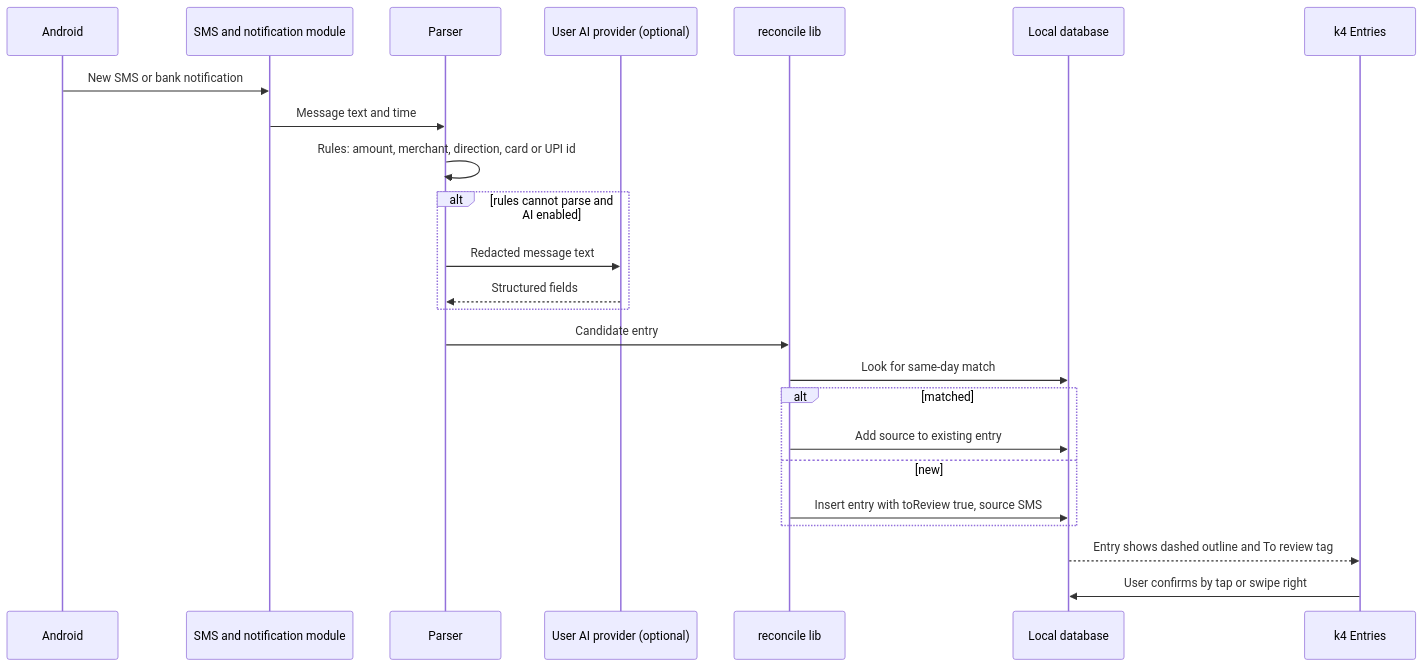
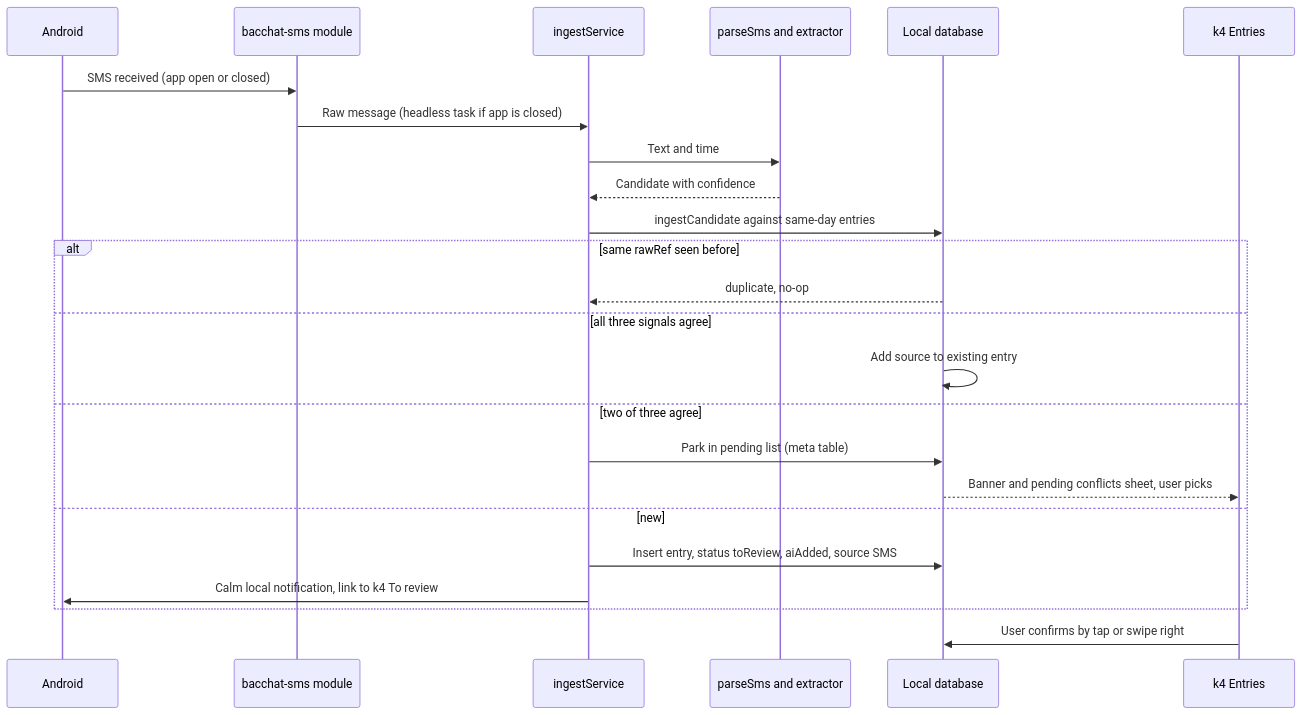
One commit to Aditya-Jyoti/bacchat changed the eighth of 17 diagrams in docs/architecture.md. Above: the diagram before and after it, drawn with Mermaid. The commit also changed other lines of this file and 52 other files, not shown here.

````diff
--- a/docs/architecture.md
+++ b/docs/architecture.md
@@ -228,26 +296,26 @@
 ```mermaid
 sequenceDiagram
     participant OS as Android
-    participant NM as SMS and notification module
-    participant P as Parser
-    participant AI as User AI provider (optional)
-    participant REC as reconcile lib
+    participant NM as bacchat-sms module
+    participant IS as ingestService
+    participant P as parseSms and extractor
     participant DB as Local database
     participant UI as k4 Entries
-    OS->>NM: New SMS or bank notification
-    NM->>P: Message text and time
-    P->>P: Rules: amount, merchant, direction, card or UPI id
-    alt rules cannot parse and AI enabled
-        P->>AI: Redacted message text
-        AI-->>P: Structured fields
+    OS->>NM: SMS received (app open or closed)
+    NM->>IS: Raw message (headless task if app is closed)
+    IS->>P: Text and time
+    P-->>IS: Candidate with confidence
+    IS->>DB: ingestCandidate against same-day entries
+    alt same rawRef seen before
+        DB-->>IS: duplicate, no-op
+    else all three signals agree
+        DB->>DB: Add source to existing entry
+    else two of three agree
+        IS->>DB: Park in pending list (meta table)
+        DB-->>UI: Banner and pending conflicts sheet, user picks
+    else new
+        IS->>DB: Insert entry, status toReview, aiAdded, source SMS
+        IS->>OS: Calm local notification, link to k4 To review
     end
-    P->>REC: Candidate entry
-    REC->>DB: Look for same-day match
-    alt matched
-        REC->>DB: Add source to existing entry
-    else new
-        REC->>DB: Insert entry with toReview true, source SMS
-    end
-    DB-->>UI: Entry shows dashed outline and To review tag
     UI->>DB: User confirms by tap or swipe right
 ```
````
